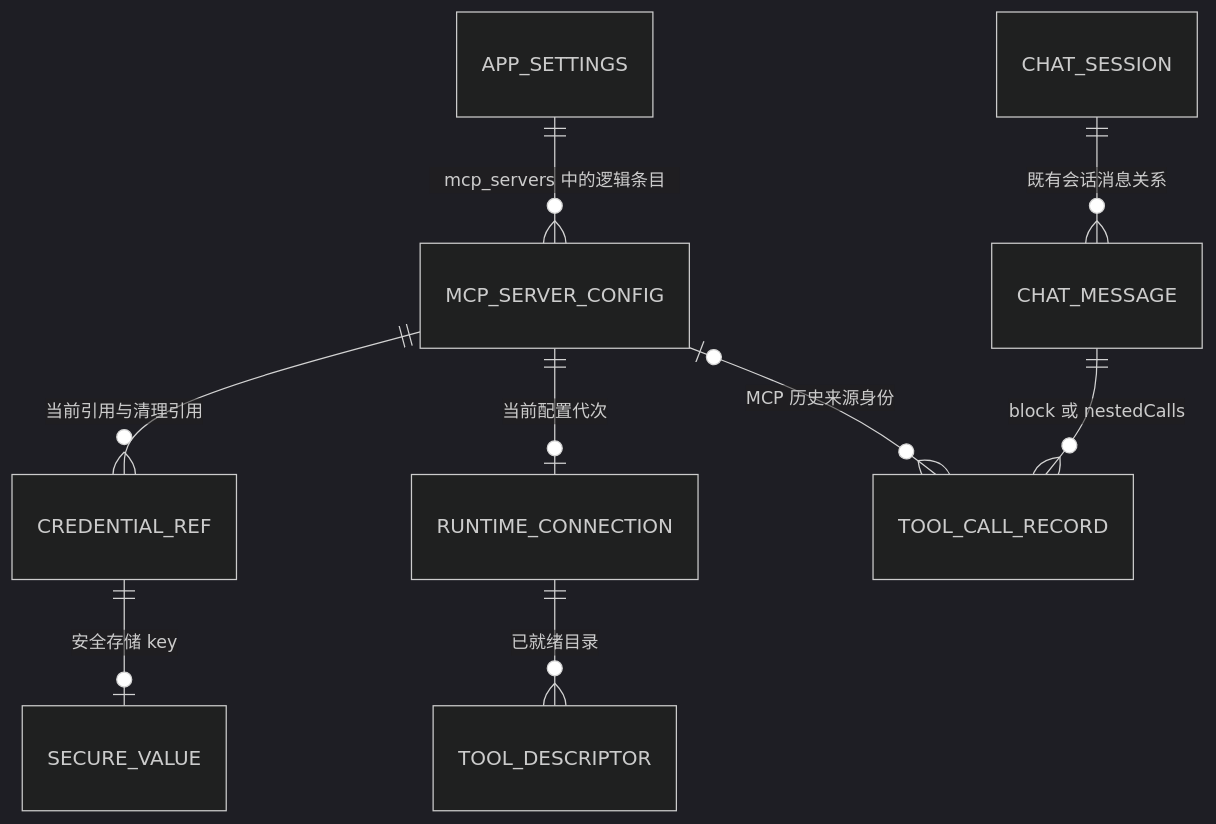
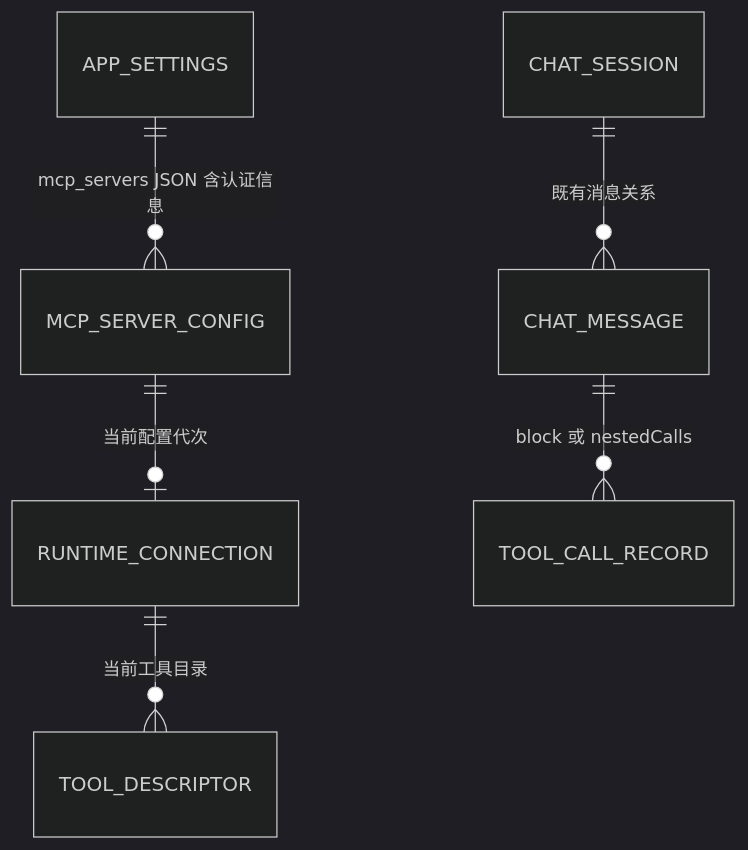
One commit to Leviathangk/reveric changed the first of 2 diagrams in docs/solutions/mcp-client-and-codemode.md. Above: the diagram before and after it, drawn with Mermaid (dark theme). The commit also changed other lines of this file and 200 other files, not shown here.

First line of the commit message:
feat(mcp): add MCP server support for Agent and Codemode

````diff
--- a/docs/solutions/mcp-client-and-codemode.md
+++ b/docs/solutions/mcp-client-and-codemode.md
@@ -194,11 +200,8 @@
 ```mermaid
 erDiagram
-    APP_SETTINGS ||--o{ MCP_SERVER_CONFIG : "mcp_servers 中的逻辑条目"
-    MCP_SERVER_CONFIG ||--o{ CREDENTIAL_REF : "当前引用与清理引用"
-    CREDENTIAL_REF ||--o| SECURE_VALUE : "安全存储 key"
+    APP_SETTINGS ||--o{ MCP_SERVER_CONFIG : "mcp_servers JSON 含认证信息"
     MCP_SERVER_CONFIG ||--o| RUNTIME_CONNECTION : "当前配置代次"
-    RUNTIME_CONNECTION ||--o{ TOOL_DESCRIPTOR : "已就绪目录"
-    CHAT_SESSION ||--o{ CHAT_MESSAGE : "既有会话消息关系"
+    RUNTIME_CONNECTION ||--o{ TOOL_DESCRIPTOR : "当前工具目录"
+    CHAT_SESSION ||--o{ CHAT_MESSAGE : "既有消息关系"
     CHAT_MESSAGE ||--o{ TOOL_CALL_RECORD : "block 或 nestedCalls"
-    MCP_SERVER_CONFIG o|--o{ TOOL_CALL_RECORD : "MCP 历史来源身份"
 ```
````
